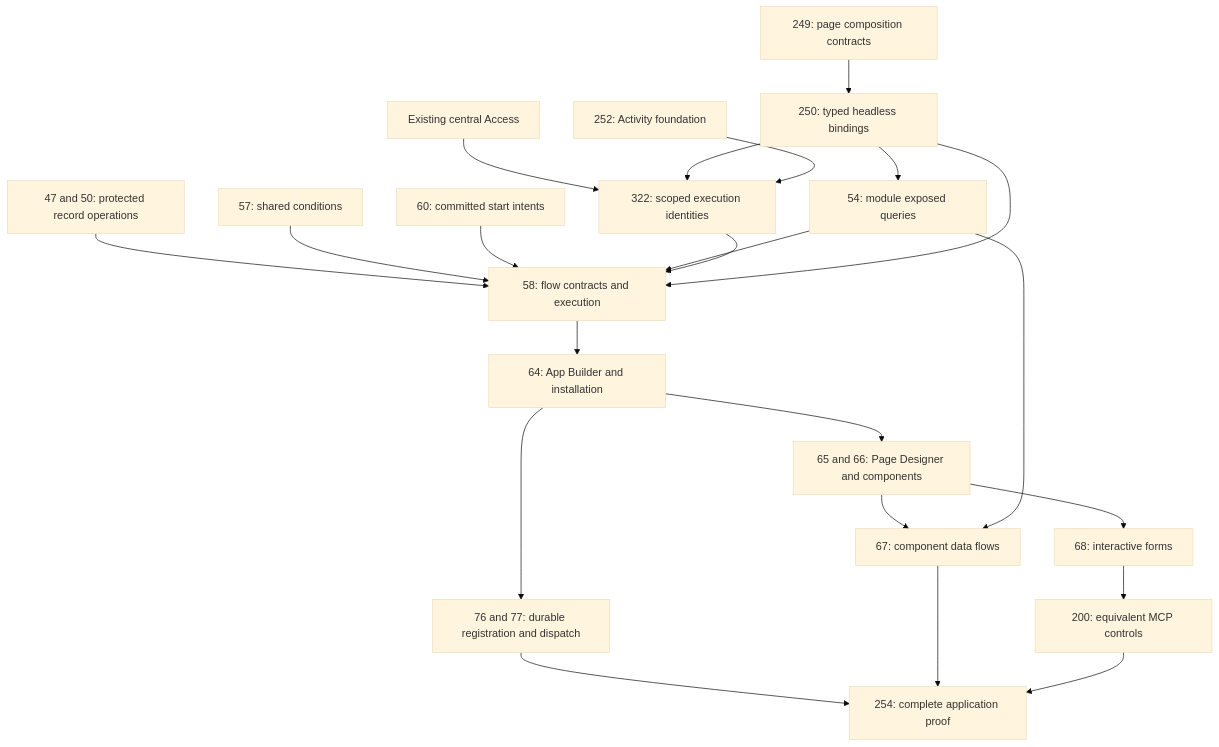
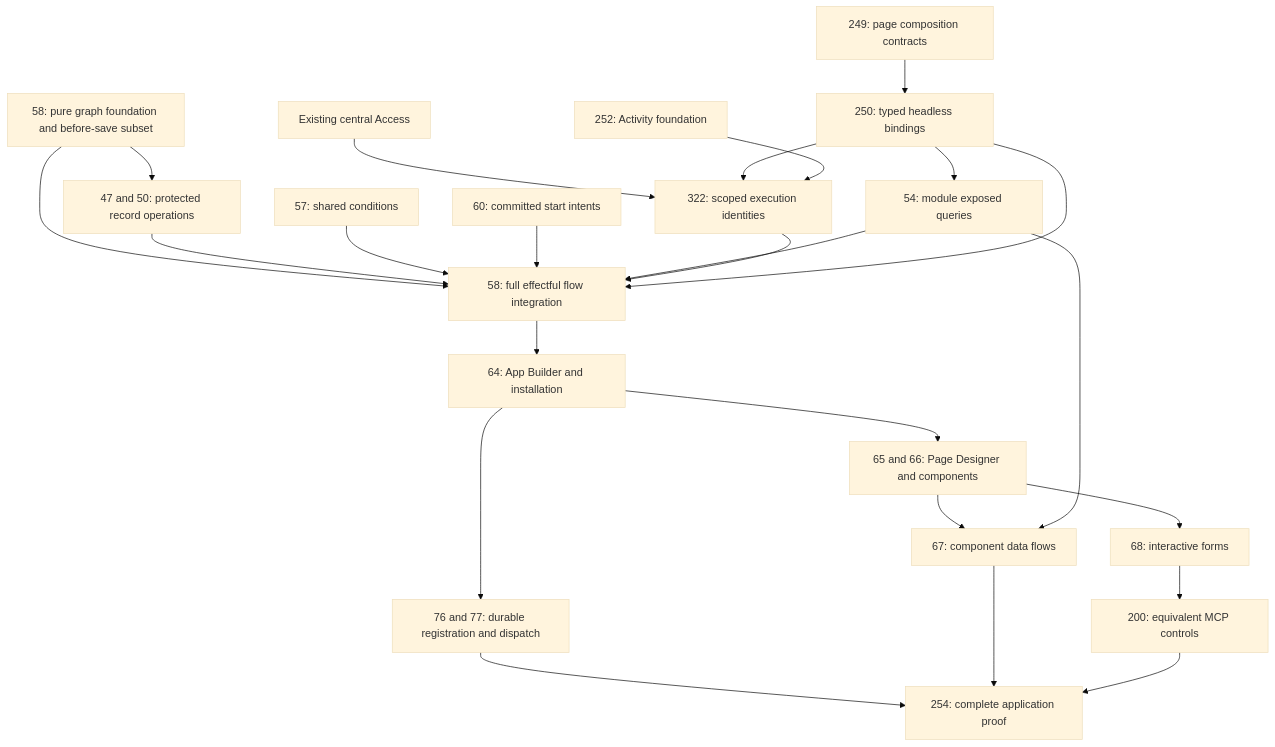
One commit to Abzum-NZ/Abzum-Vortex changed the diagram in docs/build-plan/frontend-rule-designer.md. Above: the diagram before and after it, drawn with Mermaid (base theme). The commit also changed other lines of this file and 13 other files, not shown here.

````diff
--- a/docs/build-plan/frontend-rule-designer.md
+++ b/docs/build-plan/frontend-rule-designer.md
@@ -19,24 +19,26 @@
 ```mermaid
 flowchart TD
     ACCESS[Existing central Access] --> ID[322: scoped execution identities]
     COMPOSE[249: page composition contracts] --> BIND[250: typed headless bindings]
     BIND --> ID
     BIND --> QUERY[54: module exposed queries]
     ACTIVITY[252: Activity foundation] --> ID
-    RECORD[47 and 50: protected record operations] --> FLOW[58: flow contracts and execution]
+    RULE[58: pure graph foundation and before-save subset] --> RECORD[47 and 50: protected record operations]
+    RULE --> FLOW[58: full effectful flow integration]
+    RECORD --> FLOW
     COND[57: shared conditions] --> FLOW
     OUTBOX[60: committed start intents] --> FLOW
     QUERY --> FLOW
     ID --> FLOW
     BIND --> FLOW
     FLOW --> APP[64: App Builder and installation]
     APP --> PAGE[65 and 66: Page Designer and components]
     PAGE --> DATA[67: component data flows]
     QUERY --> DATA
     PAGE --> FORM[68: interactive forms]
     APP --> DURABLE[76 and 77: durable registration and dispatch]
     FORM --> MCP[200: equivalent MCP controls]
     DURABLE --> PROOF[254: complete application proof]
     DATA --> PROOF
     MCP --> PROOF
 ```
````
